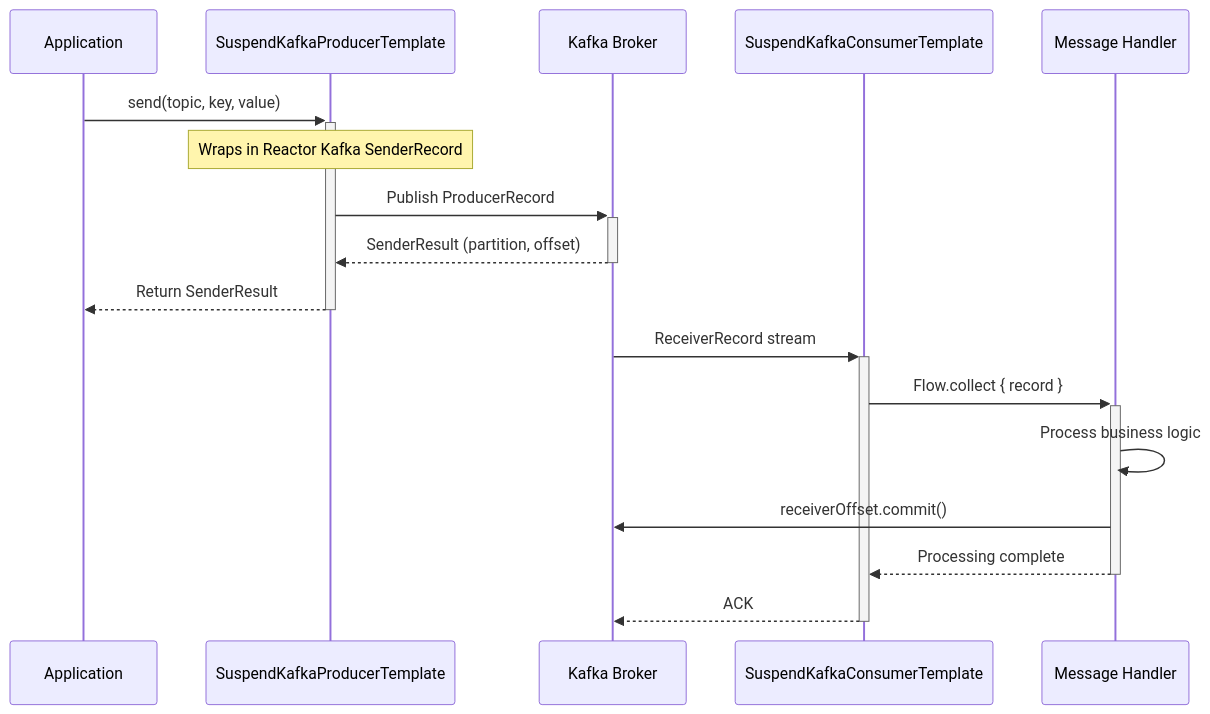
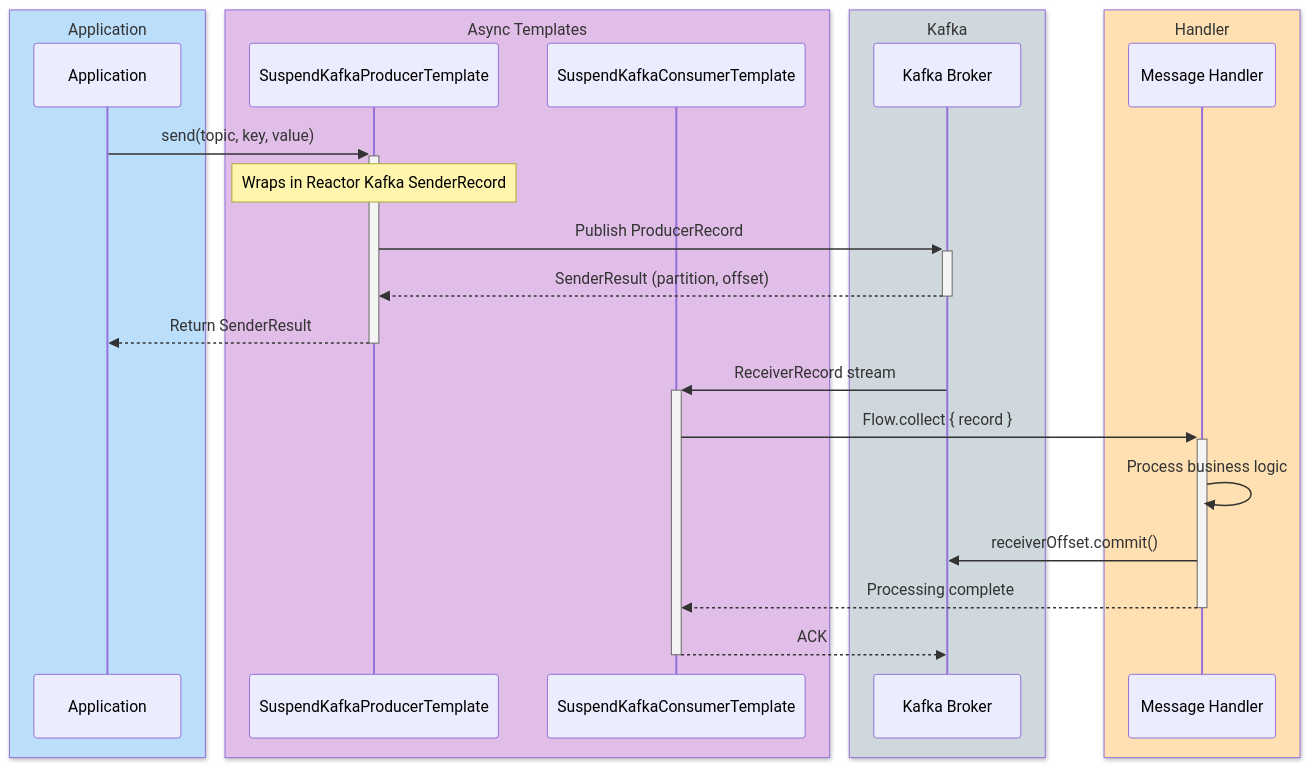
Before and after one commit to bluetape4k/bluetape4k-projects: the second of 3 diagrams in infra/kafka/README.md, drawn with Mermaid. The commit also changed other lines of this file and 221 other files, not shown here.

First line of the commit message:
docs: 전체 모듈 README UML 다이어그램 보강 및 색상 업그레이드

````diff
--- a/infra/kafka/README.md
+++ b/infra/kafka/README.md
@@ -408,21 +416,29 @@
 ```mermaid
 sequenceDiagram
+    box rgb(187,222,251) Application
     participant App as Application
+    end
+    box rgb(225,190,231) Async Templates
     participant PT as SuspendKafkaProducerTemplate
+    participant CT as SuspendKafkaConsumerTemplate
+    end
+    box rgb(207,216,220) Kafka
     participant Kafka as Kafka Broker
-    participant CT as SuspendKafkaConsumerTemplate
+    end
+    box rgb(255,224,178) Handler
     participant Handler as Message Handler
+    end
 
     App->>+PT: send(topic, key, value)
     Note over PT: Wraps in Reactor Kafka SenderRecord
     PT->>+Kafka: Publish ProducerRecord
     Kafka-->>-PT: SenderResult (partition, offset)
     PT-->>-App: Return SenderResult
 
     Kafka->>+CT: ReceiverRecord stream
     CT->>+Handler: Flow.collect { record }
     Handler->>Handler: Process business logic
     Handler->>Kafka: receiverOffset.commit()
     Handler-->>-CT: Processing complete
     CT-->>-Kafka: ACK
 ```
````
